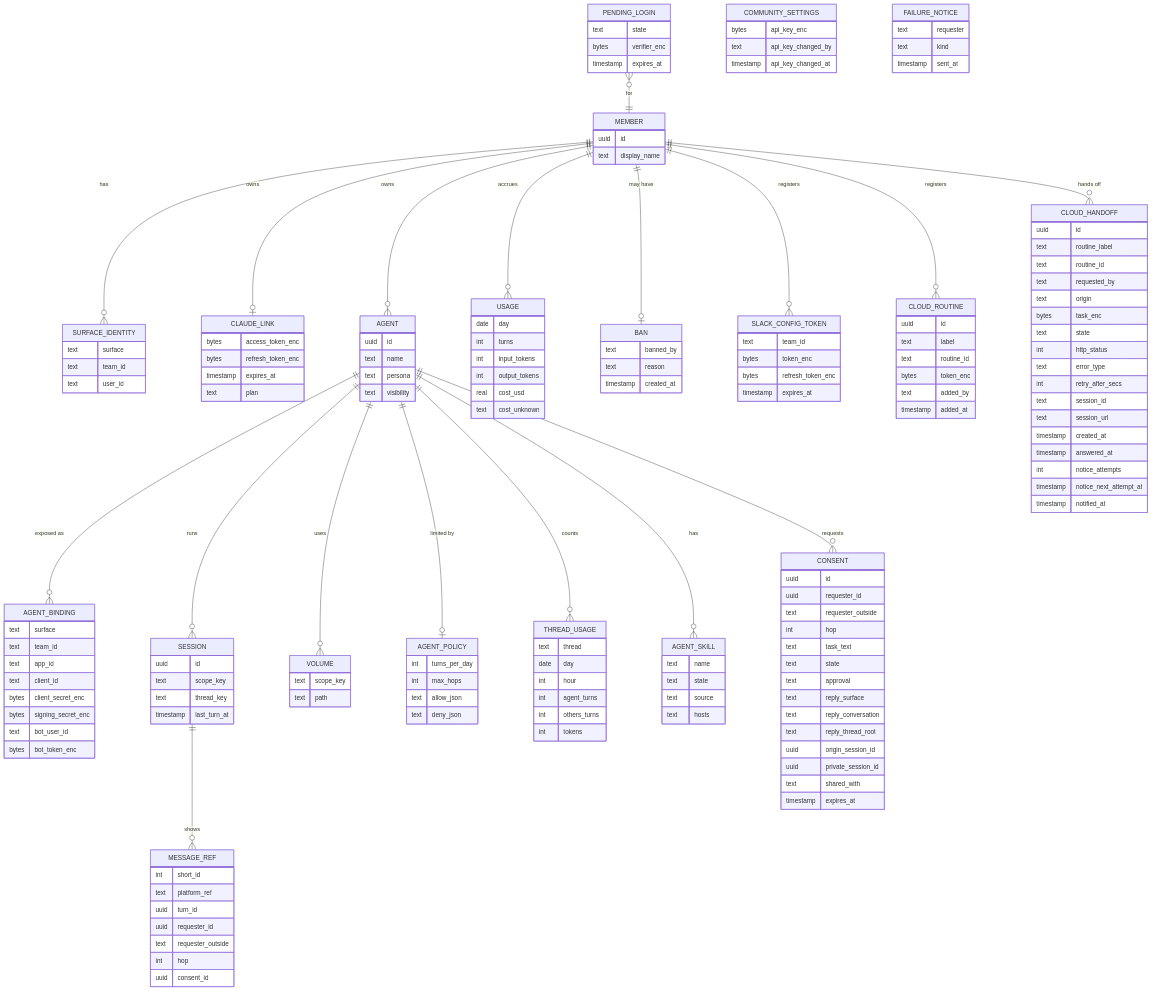
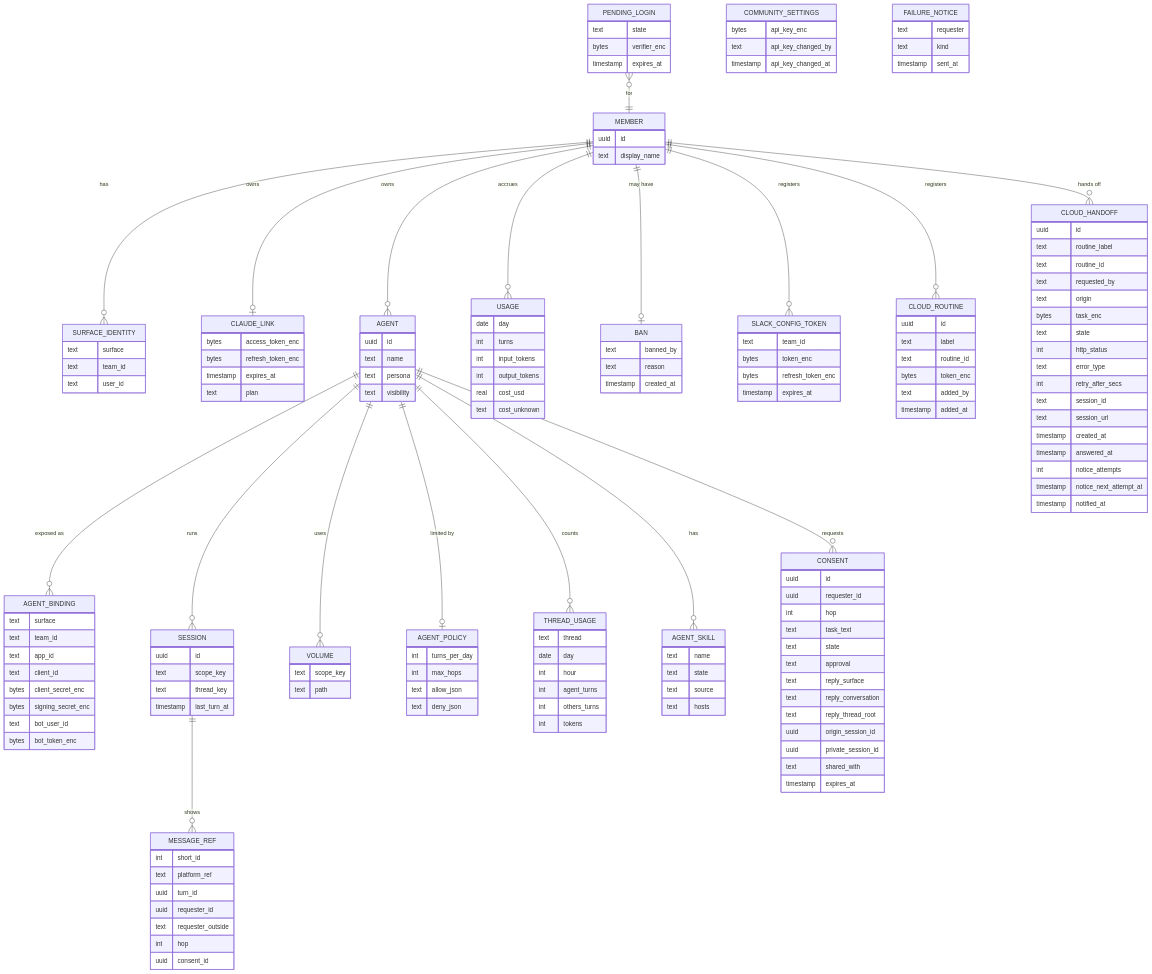
Before and after one commit to agentsky/agent-core: the eighth of 8 diagrams in docs/design.md, drawn with Mermaid. The commit also changed other lines of this file and 1 other file, not shown here.

First line of the commit message:
Look up teamless senders, gate admission on the live check, and refuse outside private tasks

```diff
--- a/docs/design.md
+++ b/docs/design.md
@@ -1188,7 +1188,6 @@
     CONSENT {
         uuid id
         uuid requester_id
-        text requester_outside
         int hop
         text task_text
         text state
```
